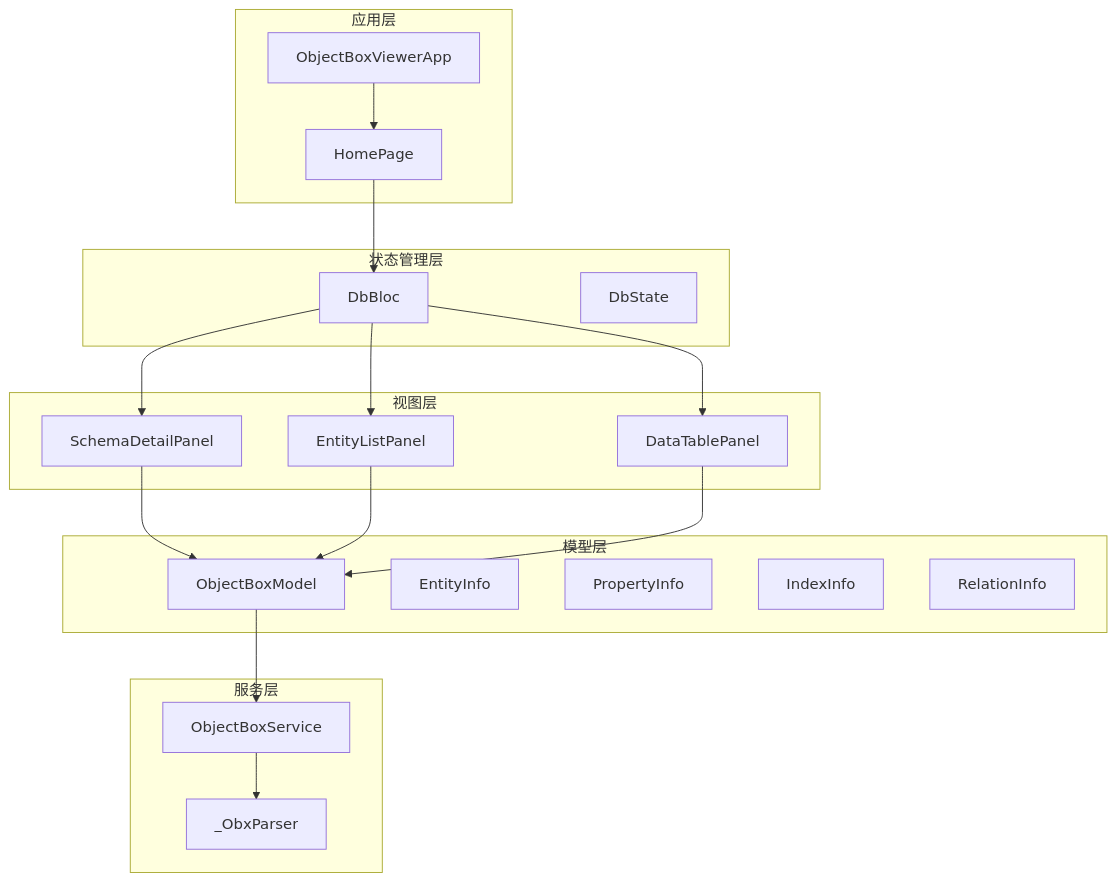
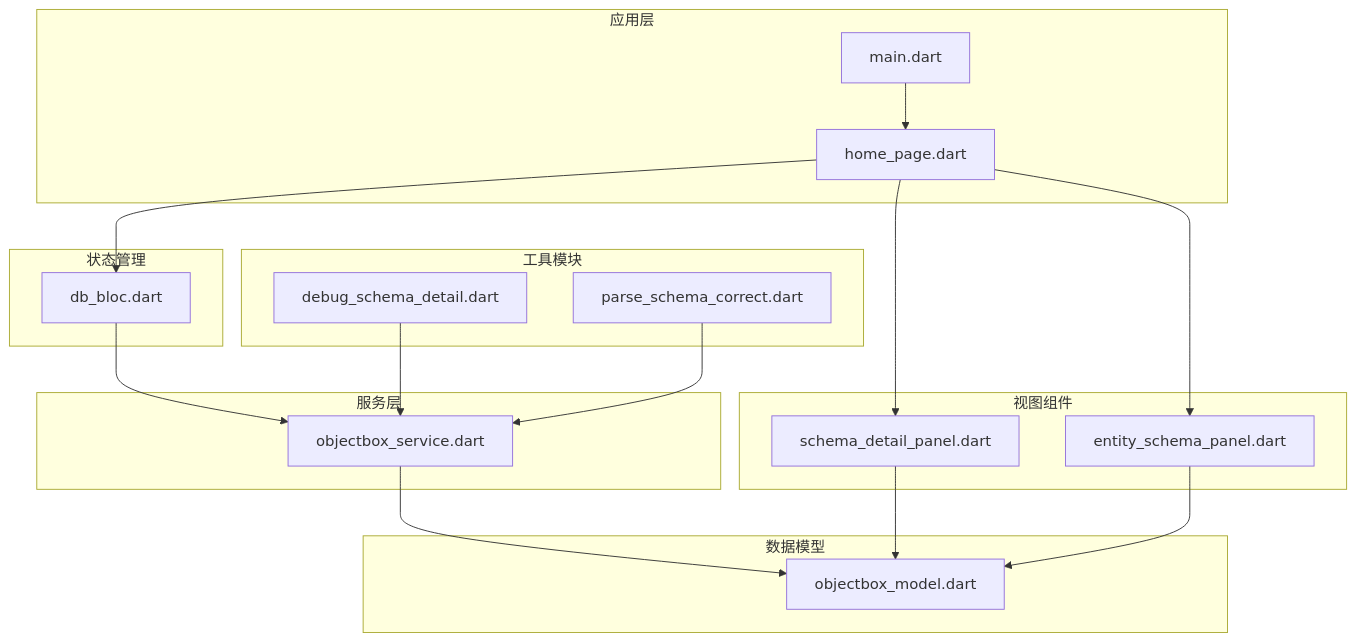
One commit to kongpf8848/objectbox_viewer changed the first of 11 diagrams in .qoder/repowiki/zh/content/UI 组件/Schema 详情面板.md. Above: the diagram before and after it, drawn with Mermaid. The commit also changed other lines of this file and 9 other files, not shown here.

````diff
--- a/.qoder/repowiki/zh/content/UI 组件/Schema 详情面板.md
+++ b/.qoder/repowiki/zh/content/UI 组件/Schema 详情面板.md
@@ -44,37 +35,34 @@
 ```mermaid
 graph TB
 subgraph "应用层"
-App[ObjectBoxViewerApp]
-Home[HomePage]
+Main[main.dart]
+Home[home_page.dart]
 end
-subgraph "状态管理层"
-Bloc[DbBloc]
-State[DbState]
+subgraph "状态管理"
+Bloc[db_bloc.dart]
 end
-subgraph "视图层"
-SchemaPanel[SchemaDetailPanel]
-EntityList[EntityListPanel]
-DataTable[DataTablePanel]
-end
-subgraph "模型层"
-Model[ObjectBoxModel]
-Entity[EntityInfo]
-Property[PropertyInfo]
-Index[IndexInfo]
-Relation[RelationInfo]
+subgraph "数据模型"
+Model[objectbox_model.dart]
 end
 subgraph "服务层"
-Service[ObjectBoxService]
-Parser[_ObxParser]
+Service[objectbox_service.dart]
 end
-App --> Home
+subgraph "视图组件"
+SchemaPanel[schema_detail_panel.dart]
+EntityPanel[entity_schema_panel.dart]
+end
+subgraph "工具模块"
+Debug[debug_schema_detail.dart]
+Parse[parse_schema_correct.dart]
+end
+Main --> Home
 Home --> Bloc
-Bloc --> SchemaPanel
-Bloc --> EntityList
-Bloc --> DataTable
+Bloc --> Service
+Service --> Model
+Home --> SchemaPanel
+Home --> EntityPanel
 SchemaPanel --> Model
-EntityList --> Model
-DataTable --> Model
-Model --> Service
-Service --> Parser
+EntityPanel --> Model
+Debug --> Service
+Parse --> Service
 ```
````
